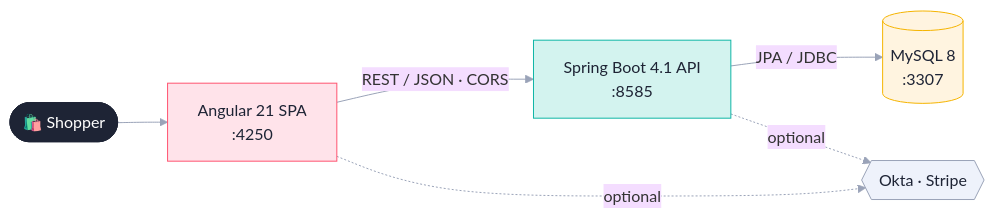
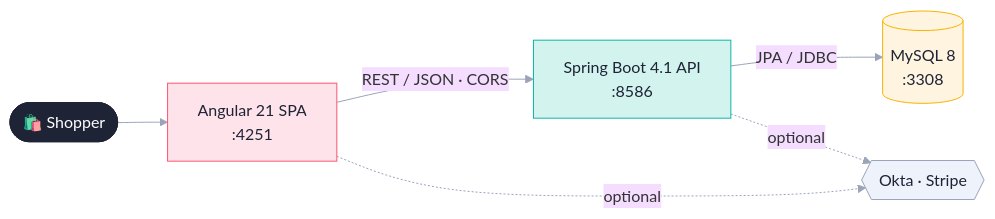
Before and after one commit to bbobbylon/AngularECommerceApp: the diagram in README.md, drawn with Mermaid. The commit also changed other lines of this file and 11 other files, not shown here.

````diff
--- a/README.md
+++ b/README.md
@@ -32,14 +32,14 @@
 ```mermaid
 %%{init: {'theme':'base','themeVariables':{'fontFamily':'DM Sans, system-ui, sans-serif','lineColor':'#9aa3b8'}}}%%
 flowchart LR
-  user([🛍️ Shopper]):::user --> spa["Angular 21 SPA<br/>:4250"]:::fe
-  spa -->|"REST / JSON · CORS"| api["Spring Boot 4.1 API<br/>:8585"]:::be
-  api -->|"JPA / JDBC"| db[("MySQL 8<br/>:3307")]:::db
+  user([🛍️ Shopper]):::user --> spa["Angular 21 SPA<br/>:4251"]:::fe
+  spa -->|"REST / JSON · CORS"| api["Spring Boot 4.1 API<br/>:8586"]:::be
+  api -->|"JPA / JDBC"| db[("MySQL 8<br/>:3308")]:::db
   spa -.->|optional| okta{{"Okta · Stripe"}}:::ext
   api -.->|optional| okta
   classDef user fill:#1e2435,stroke:#1e2435,color:#fff;
   classDef fe fill:#ffe3ea,stroke:#ff5470,color:#1e2435;
   classDef be fill:#d3f3ef,stroke:#10b6a6,color:#1e2435;
   classDef db fill:#fff4e0,stroke:#f5b400,color:#1e2435;
   classDef ext fill:#eef2fb,stroke:#9aa3b8,color:#1e2435;
 ```
````
